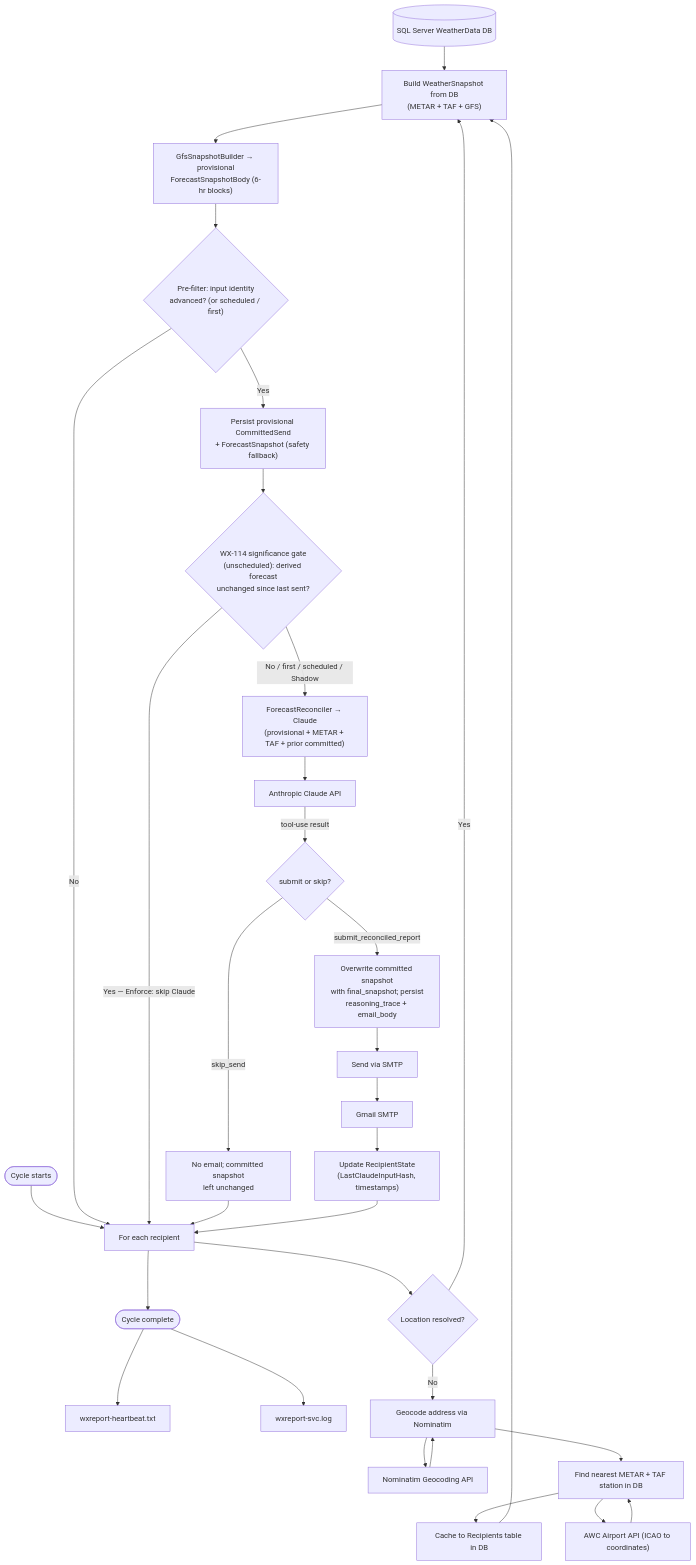
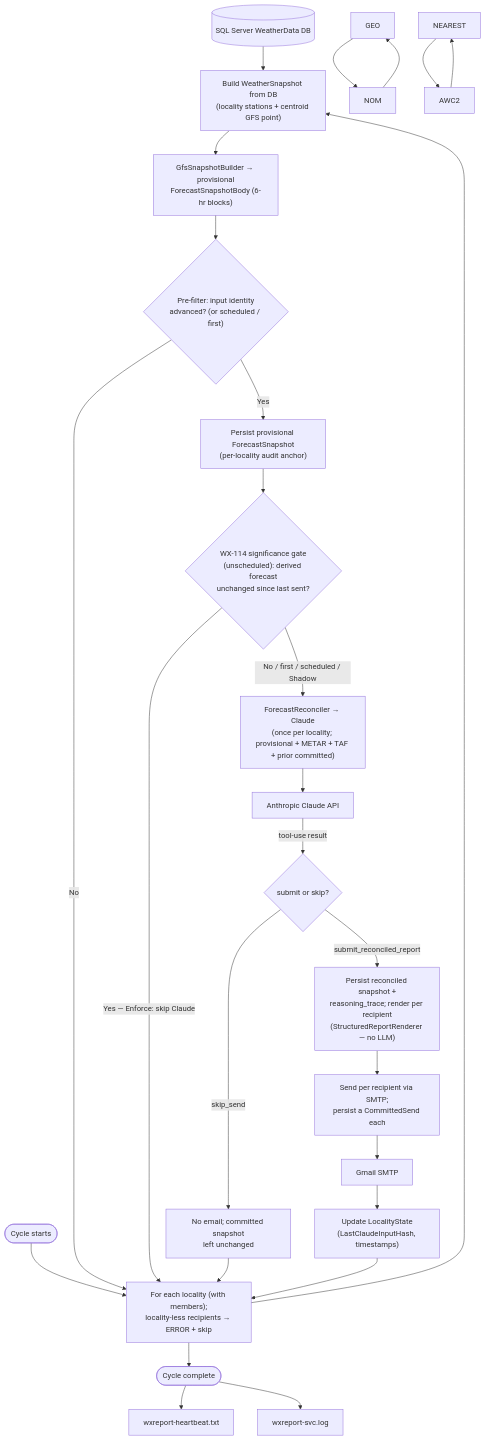
The fourth of 8 diagrams in WxServices/DESIGN.md (PaulHarder2/HarderWare), drawn with Mermaid before and after one commit. The commit also changed other lines of this file and 20 other files, not shown here.

First line of the commit message:
WX-130: per-locality batching — bank the WX-123 one-call-per-locality cost lever

````diff
--- a/WxServices/DESIGN.md
+++ b/WxServices/DESIGN.md
@@ -185,47 +185,39 @@
 ```mermaid
 flowchart TD
     DB[("SQL Server WeatherData DB")]
-    NOM["Nominatim Geocoding API"]
-    AWC2["AWC Airport API (ICAO to coordinates)"]
     CLAUDE["Anthropic Claude API"]
     SMTP["Gmail SMTP"]
     RHB["wxreport-heartbeat.txt"]
     RLOG["wxreport-svc.log"]
 
-    START([Cycle starts]) --> EACH["For each recipient"]
+    START([Cycle starts]) --> EACH["For each locality (with members);\nlocality-less recipients → ERROR + skip"]
 
-    EACH --> RESOLVED{Location resolved?}
-    RESOLVED -->|No| GEO["Geocode address via Nominatim"]
-    GEO --> NEAREST["Find nearest METAR + TAF station in DB"]
-    NEAREST --> CACHE["Cache to Recipients table in DB"]
-    CACHE --> SNAP
-
-    RESOLVED -->|Yes| SNAP["Build WeatherSnapshot from DB\n(METAR + TAF + GFS)"]
+    EACH --> SNAP["Build WeatherSnapshot from DB\n(locality stations + centroid GFS point)"]
     DB --> SNAP
 
     SNAP --> PROV["GfsSnapshotBuilder → provisional\nForecastSnapshotBody (6-hr blocks)"]
     PROV --> GATE{"Pre-filter: input identity\nadvanced? (or scheduled / first)"}
     GATE -->|No| EACH
-    GATE -->|Yes| WRITE["Persist provisional CommittedSend\n+ ForecastSnapshot (safety fallback)"]
+    GATE -->|Yes| WRITE["Persist provisional ForecastSnapshot\n(per-locality audit anchor)"]
     WRITE --> SIGGATE{"WX-114 significance gate\n(unscheduled): derived forecast\nunchanged since last sent?"}
     SIGGATE -->|"Yes — Enforce: skip Claude"| EACH
-    SIGGATE -->|"No / first / scheduled / Shadow"| RECON["ForecastReconciler → Claude\n(provisional + METAR + TAF + prior committed)"]
+    SIGGATE -->|"No / first / scheduled / Shadow"| RECON["ForecastReconciler → Claude\n(once per locality; provisional + METAR + TAF + prior committed)"]
     RECON --> CLAUDE
     CLAUDE -->|"tool-use result"| DECIDE{submit or skip?}
     DECIDE -->|skip_send| NOSEND["No email; committed snapshot\nleft unchanged"]
     NOSEND --> EACH
-    DECIDE -->|submit_reconciled_report| FINAL["Overwrite committed snapshot\nwith final_snapshot; persist\nreasoning_trace + email_body"]
-    FINAL --> EMAIL["Send via SMTP"]
+    DECIDE -->|submit_reconciled_report| FINAL["Persist reconciled snapshot +\nreasoning_trace; render per recipient\n(StructuredReportRenderer — no LLM)"]
+    FINAL --> EMAIL["Send per recipient via SMTP;\npersist a CommittedSend each"]
     EMAIL --> SMTP
-    SMTP --> STATE["Update RecipientState\n(LastClaudeInputHash, timestamps)"]
+    SMTP --> STATE["Update LocalityState\n(LastClaudeInputHash, timestamps)"]
     STATE --> EACH
 
     EACH --> DONE([Cycle complete])
     DONE --> RHB
     DONE --> RLOG
 
     GEO --> NOM
     NOM --> GEO
     NEAREST --> AWC2
     AWC2 --> NEAREST
 ```
````
